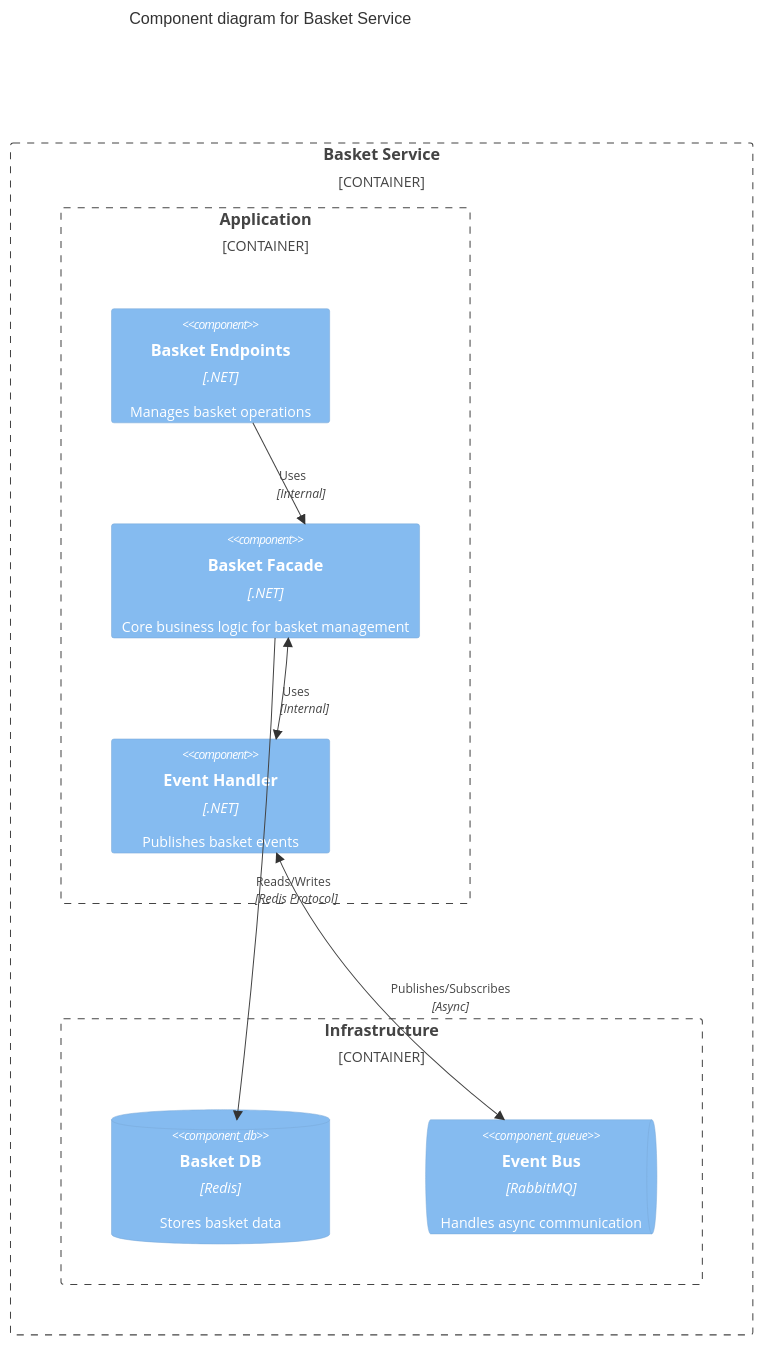
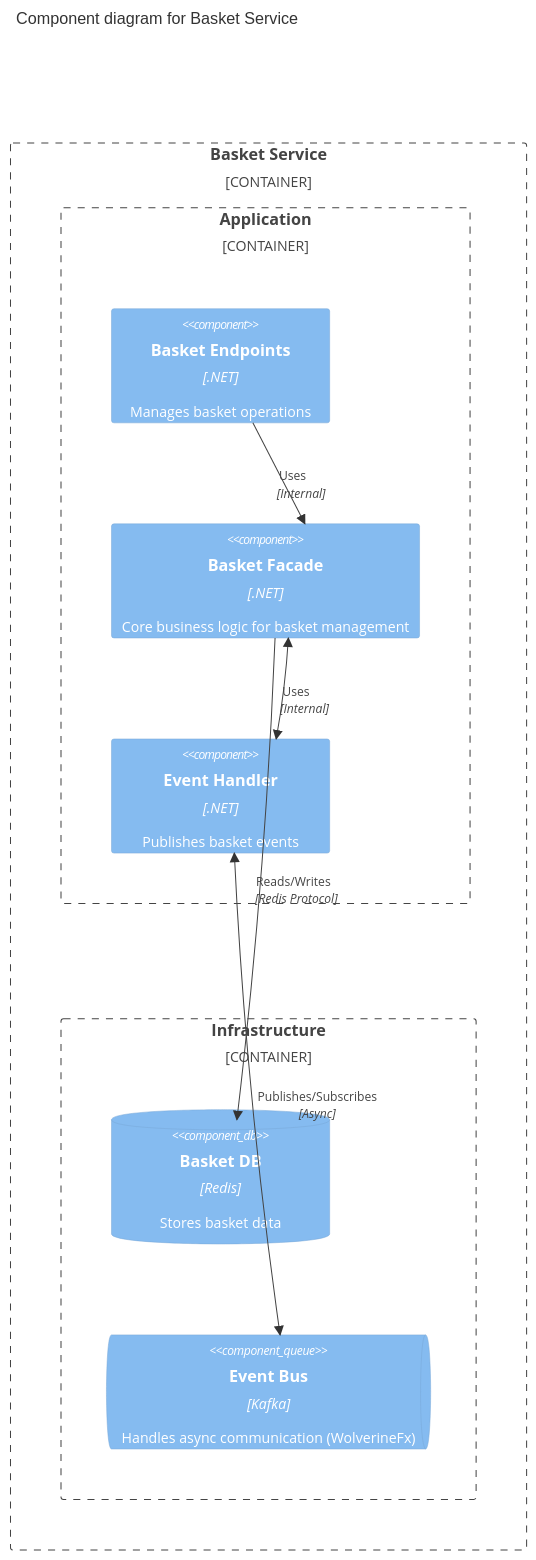
Before and after one commit to foxminchan/BookWorm: the fifth of 9 diagrams in docs/docusaurus/docs/05-building-block-view/level-2.mdx, drawn with Mermaid. The commit also changed other lines of this file and 65 other files, not shown here.

Commit message:
chore(docs): update architecture decision records (#1127)

````diff
--- a/docs/docusaurus/docs/05-building-block-view/level-2.mdx
+++ b/docs/docusaurus/docs/05-building-block-view/level-2.mdx
@@ -341,25 +342,25 @@
 ```mermaid
 C4Component
     title Component diagram for Basket Service
 
     Container_Boundary(basket, "Basket Service") {
       Container_Boundary(application, "Application") {
         Component(basketEndpoint, "Basket Endpoints", ".NET", "Manages basket operations")
         Component(basketFacade, "Basket Facade", ".NET", "Core business logic for basket management")
         Component(eventPublisher, "Event Handler", ".NET", "Publishes basket events")
       }
 
       Container_Boundary(infrastructure, "Infrastructure") {
         ComponentDb(basketDb, "Basket DB", "Redis", "Stores basket data")
-        ComponentQueue(eventBus, "Event Bus", "RabbitMQ", "Handles async communication")
+        ComponentQueue(eventBus, "Event Bus", "Kafka", "Handles async communication (WolverineFx)")
       }
     }
 
     Rel(basketEndpoint, basketFacade, "Uses", "Internal")
     BiRel(basketFacade, eventPublisher, "Uses", "Internal")
 
     Rel(basketFacade, basketDb, "Reads/Writes", "Redis Protocol")
     BiRel(eventPublisher, eventBus, "Publishes/Subscribes", "Async")
 
     UpdateLayoutConfig($c4ShapeInRow="3", $c4BoundaryInRow="1")
 ```
````
